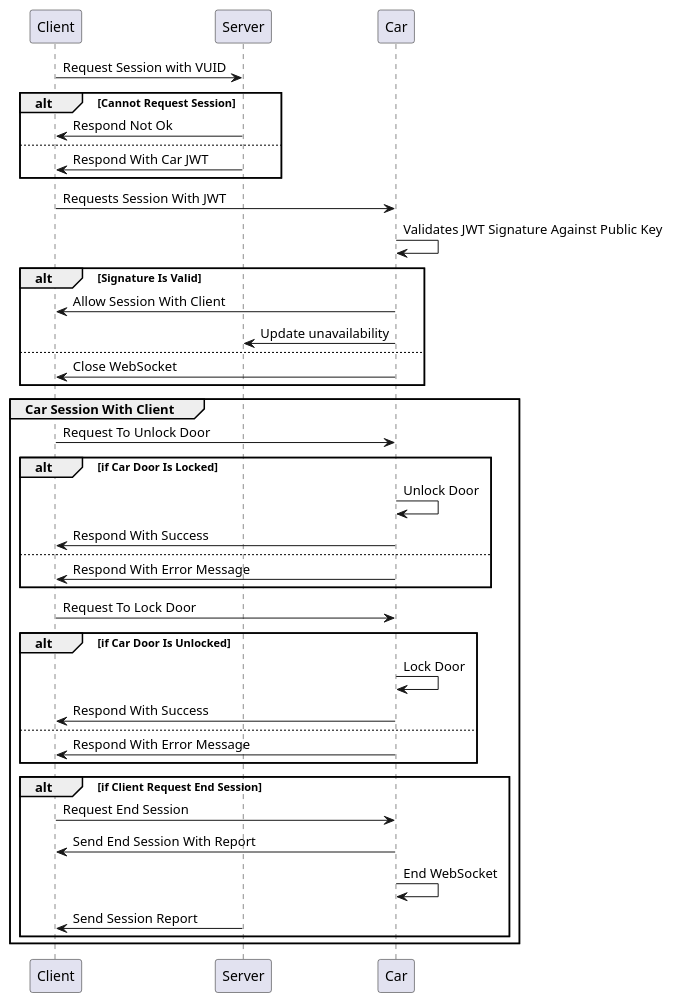
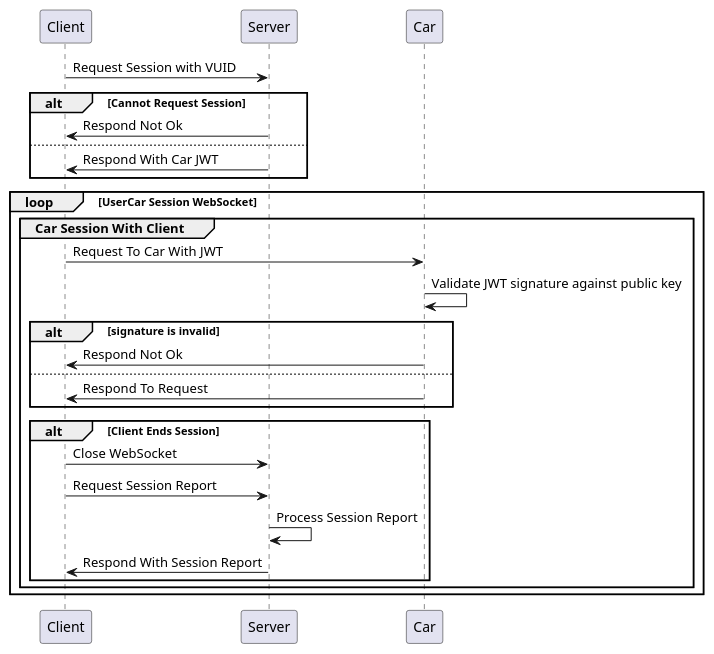
Before and after one commit to ATU-RDuarte/CSD_Project: the diagram in docs/hld/UserToCarSequenceDiagram.puml, drawn with PlantUML. The commit also changed 19 other files, not shown here.

```diff
--- a/docs/hld/UserToCarSequenceDiagram.puml
+++ b/docs/hld/UserToCarSequenceDiagram.puml
@@ -1,43 +1,31 @@
 @startuml
+
 Client -> Server : Request Session with VUID
 
 alt Cannot Request Session
     Server -> Client : Respond Not Ok
 else
     Server -> Client : Respond With Car JWT
 end
-Client -> Car: Requests Session With JWT
-Car -> Car: Validates JWT Signature Against Public Key
 
-alt Signature Is Valid
-    Car -> Client : Allow Session With Client
-    Car -> Server : Update unavailability
-else
-    Car -> Client : Close WebSocket
+loop UserCar Session WebSocket
+
+group Car Session With Client
+   Client -> Car : Request To Car With JWT
+   Car -> Car :  Validate JWT signature against public key
+   alt signature is invalid
+    Car -> Client : Respond Not Ok
+   else
+    Car -> Client : Respond To Request
+   end
+   alt Client Ends Session
+    Client -> Server : Close WebSocket
+    Client -> Server: Request Session Report
+    Server -> Server : Process Session Report
+    Server -> Client : Respond With Session Report
+   end
 end
 
-group Car Session With Client
-   Client -> Car : Request To Unlock Door
-   alt if Car Door Is Locked
-        Car -> Car : Unlock Door
-        Car -> Client : Respond With Success
-   else
-        Car -> Client : Respond With Error Message
-   end
-  Client -> Car : Request To Lock Door
-  alt if Car Door Is Unlocked
-       Car -> Car : Lock Door
-       Car -> Client : Respond With Success
-  else
-       Car -> Client : Respond With Error Message
-  end
-
-  alt if Client Request End Session
-    Client -> Car : Request End Session
-    Car -> Client : Send End Session With Report
-    Car -> Car: End WebSocket
-    Server -> Client : Send Session Report
-  end
 end
 
 @enduml
```
